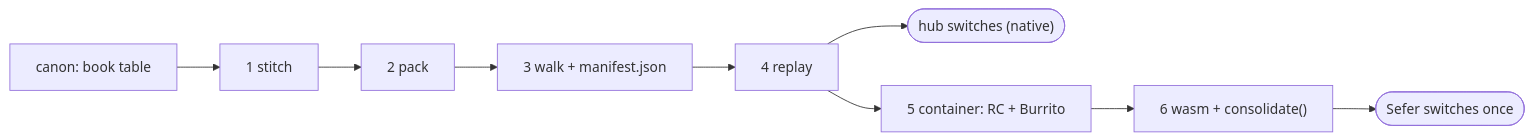
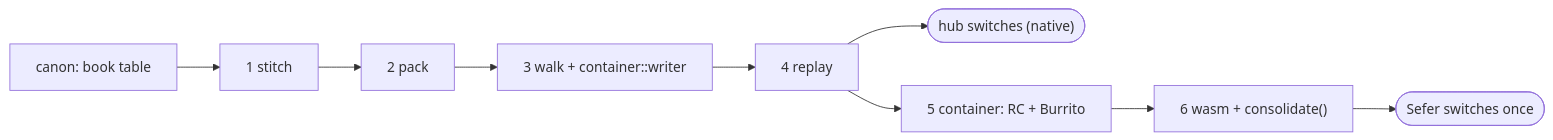
One commit to WycliffeAssociates/scripture-kitchen changed the third of 3 diagrams in planning/items/2026-11-05-writer-consolidation-saves-in-one-git-pack-out.mdx. Above: the diagram before and after it, drawn with Mermaid. The commit also changed other lines of this file and 1 other file, not shown here.

Commit message:
plan: container — RC, Burrito and Writer manifests; bttwriter order confirmed, Writer manifest in container

````diff
--- a/planning/items/2026-11-05-writer-consolidation-saves-in-one-git-pack-out.mdx
+++ b/planning/items/2026-11-05-writer-consolidation-saves-in-one-git-pack-out.mdx
@@ -546,6 +547,6 @@
 ```mermaid
 flowchart LR
-  c1["canon: book table"] --> b1["1 stitch"] --> b2["2 pack"] --> b3["3 walk + manifest.json"] --> b4["4 replay"]
+  c1["canon: book table"] --> b1["1 stitch"] --> b2["2 pack"] --> b3["3 walk + container::writer"] --> b4["4 replay"]
   b4 --> hub(["hub switches (native)"])
   b4 --> k5["5 container: RC + Burrito"] --> b6["6 wasm + consolidate()"] --> sefer(["Sefer switches once"])
 ```
````
